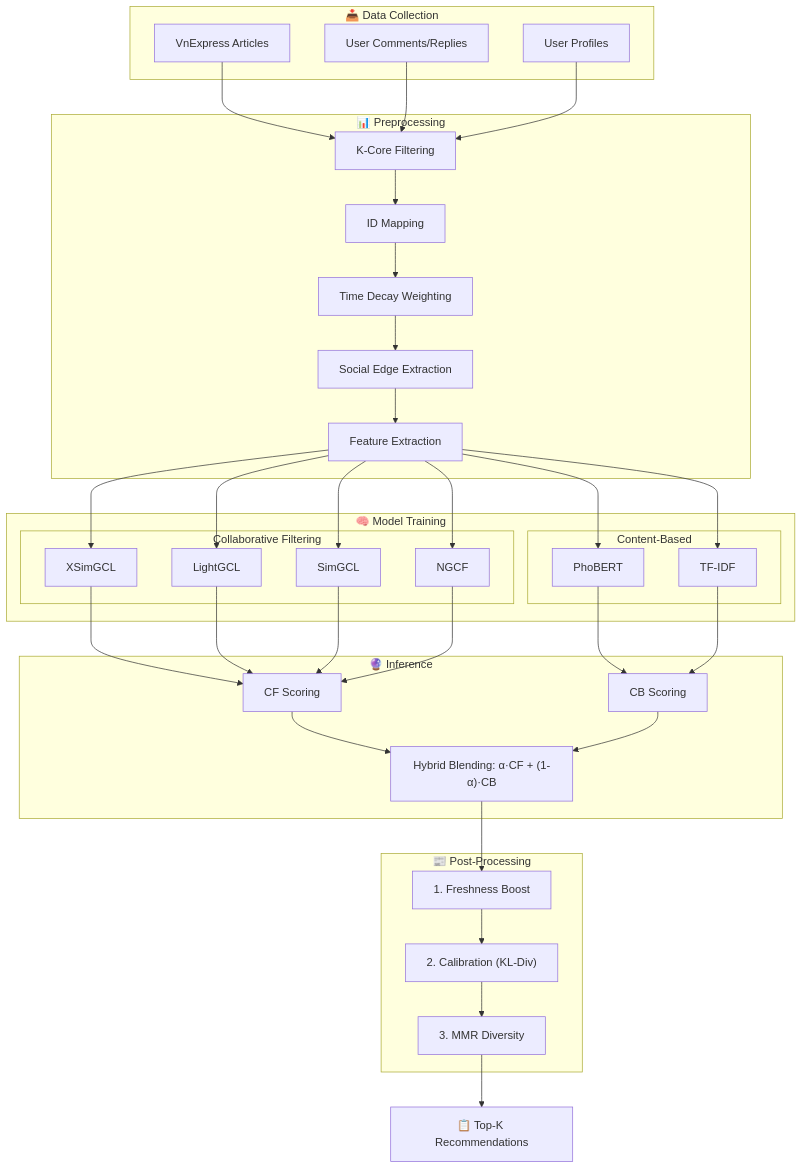
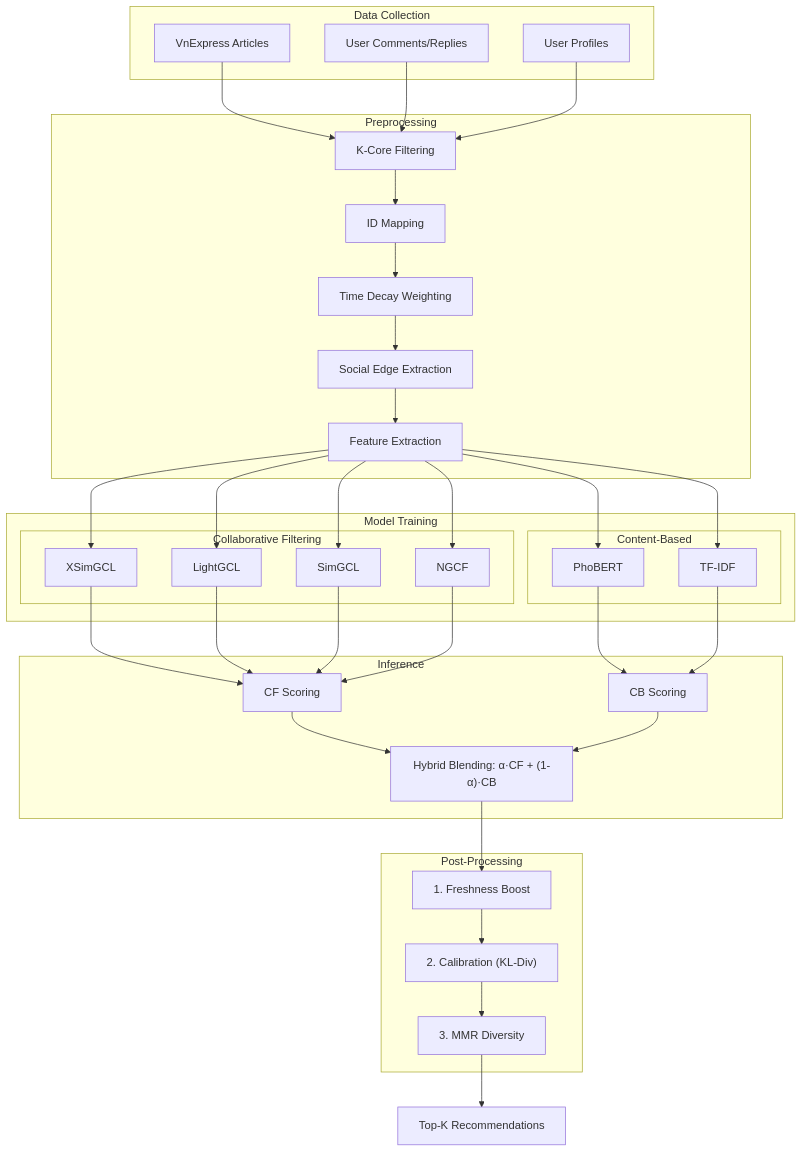
Before and after one commit to GadGadGad/VNNExpress-Recommender-System: the first of 5 diagrams in docs/pipeline_architecture.md, drawn with Mermaid. The commit also changed 88 other files, not shown here.

````diff
--- a/docs/pipeline_architecture.md
+++ b/docs/pipeline_architecture.md
@@ -5,55 +5,55 @@
 ```mermaid
 flowchart TB
-    subgraph DataCollection["📥 Data Collection"]
+    subgraph DataCollection["Data Collection"]
         A1[VnExpress Articles]
         A2[User Comments/Replies]
         A3[User Profiles]
     end
 
-    subgraph Preprocessing["📊 Preprocessing"]
+    subgraph Preprocessing["Preprocessing"]
         B1[K-Core Filtering]
         B2[ID Mapping]
         B3["Time Decay Weighting"]
         B4["Social Edge Extraction"]
         B5[Feature Extraction]
     end
 
-    subgraph Training["🧠 Model Training"]
+    subgraph Training["Model Training"]
         subgraph CF["Collaborative Filtering"]
             C1[XSimGCL]
             C2[LightGCL]
             C3[SimGCL]
             C4[NGCF]
         end
         subgraph CB["Content-Based"]
             C5[PhoBERT]
             C6[TF-IDF]
         end
     end
 
-    subgraph Inference["🔮 Inference"]
+    subgraph Inference["Inference"]
         D1[CF Scoring]
         D2[CB Scoring]
         D3["Hybrid Blending: α·CF + (1-α)·CB"]
     end
 
-    subgraph PostProcess["📰 Post-Processing"]
+    subgraph PostProcess["Post-Processing"]
         E1["1. Freshness Boost"]
         E2["2. Calibration (KL-Div)"]
         E3["3. MMR Diversity"]
     end
 
-    F[📋 Top-K Recommendations]
+    F[Top-K Recommendations]
 
     A1 --> B1
     A2 --> B1
     A3 --> B1
     B1 --> B2 --> B3 --> B4 --> B5
     B5 --> C1 & C2 & C3 & C4
     B5 --> C5 & C6
     C1 & C2 & C3 & C4 --> D1
     C5 & C6 --> D2
     D1 --> D3
     D2 --> D3
     D3 --> E1 --> E2 --> E3 --> F
 ```
````
